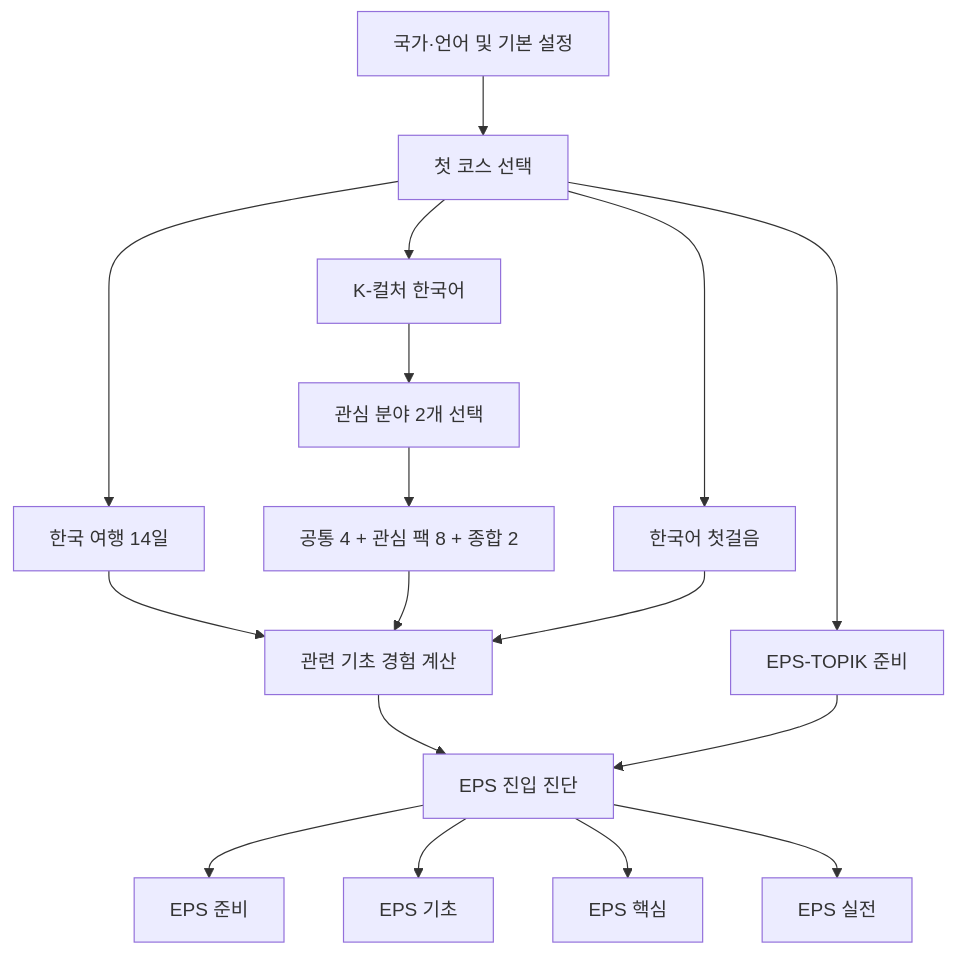
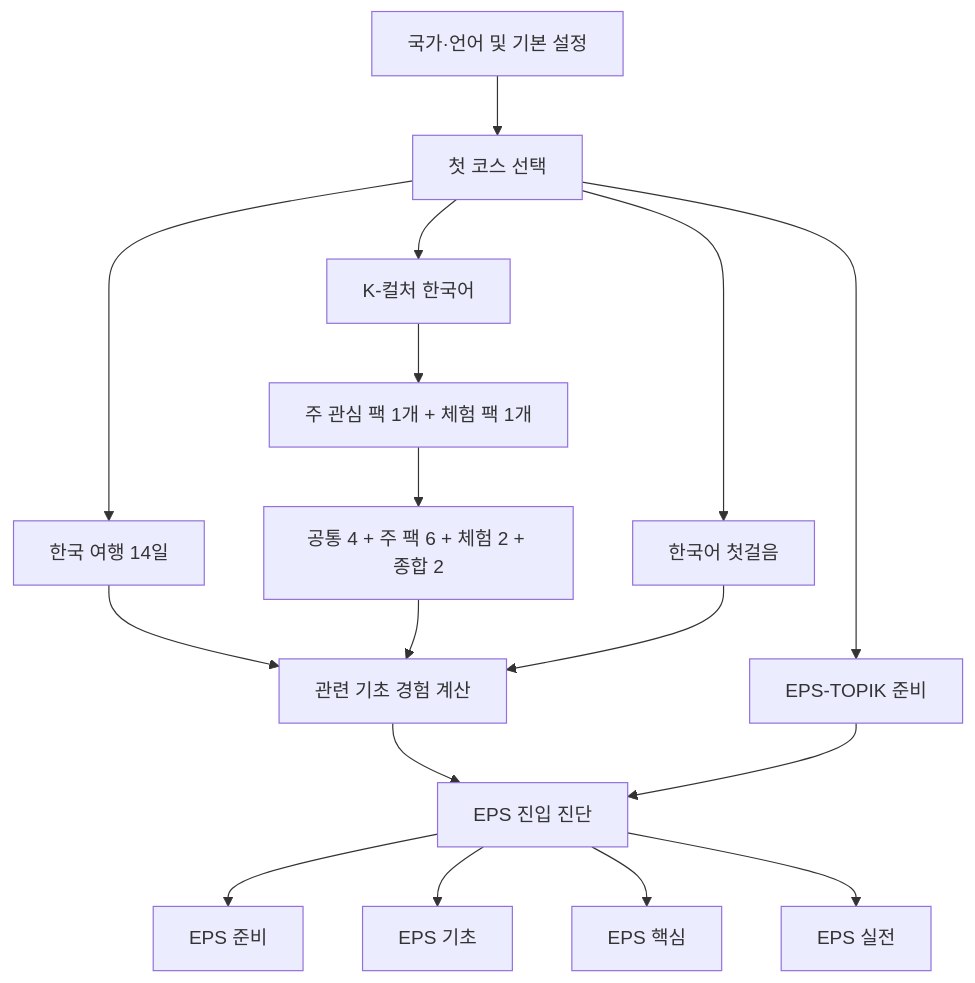
One commit to 7skycastle/k-speak changed the diagram in docs/superpowers/specs/2026-08-08-course-ecosystem-design.md. Above: the diagram before and after it, drawn with Mermaid. The commit also changed other lines of this file and 41 other files, not shown here.

````diff
--- a/docs/superpowers/specs/2026-08-08-course-ecosystem-design.md
+++ b/docs/superpowers/specs/2026-08-08-course-ecosystem-design.md
@@ -79,19 +82,19 @@
 ```mermaid
 flowchart TD
   A["국가·언어 및 기본 설정"] --> B["첫 코스 선택"]
   B --> F["한국어 첫걸음"]
   B --> T["한국 여행 14일"]
   B --> K["K-컬처 한국어"]
   B --> E["EPS-TOPIK 준비"]
-  K --> KP["관심 분야 2개 선택"]
-  KP --> KC["공통 4 + 관심 팩 8 + 종합 2"]
+  K --> KP["주 관심 팩 1개 + 체험 팩 1개"]
+  KP --> KC["공통 4 + 주 팩 6 + 체험 2 + 종합 2"]
   T --> X["관련 기초 경험 계산"]
   KC --> X
   F --> X
   X --> D["EPS 진입 진단"]
   E --> D
   D --> E0["EPS 준비"]
   D --> E1["EPS 기초"]
   D --> E2["EPS 핵심"]
   D --> E3["EPS 실전"]
 ```
````
